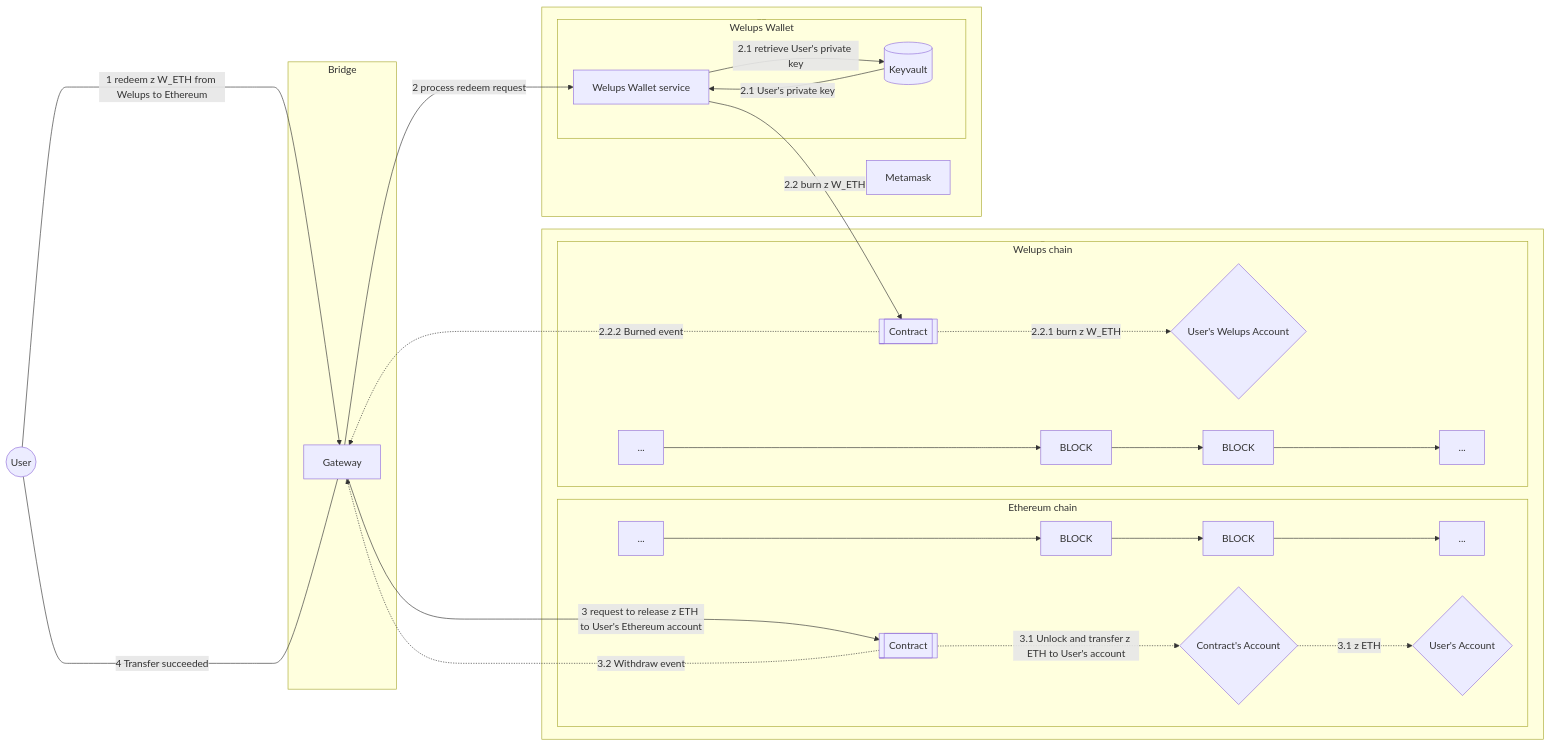
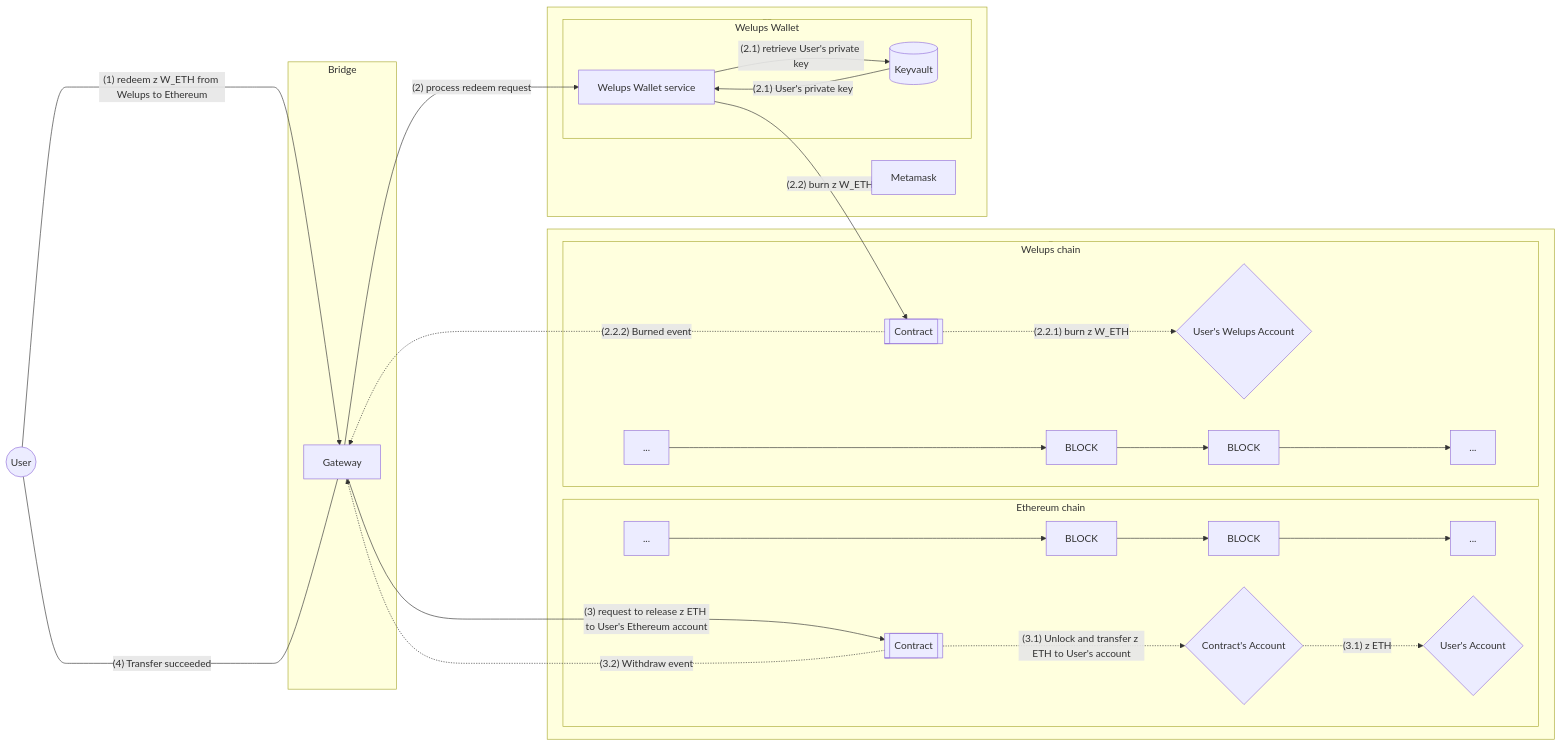
One commit to nhatanh002/bridges-plan changed the diagram in chart-sources/release-eth.mermaid. Above: the diagram before and after it, drawn with Mermaid. The commit also changed 3 other files, not shown here.

```diff
--- a/chart-sources/release-eth.mermaid
+++ b/chart-sources/release-eth.mermaid
@@ -1,44 +1,44 @@
 graph LR
     User((User )) 
     subgraph BRD [Bridge]
 
     G[Gateway]
          
     end
     subgraph _   
 
     subgraph ETH [Ethereum chain]
      Head1[...]--->A1[BLOCK]-->B1[BLOCK]--->Tail1[...]    
      C1[[Contract]]
      W1{User's Account}
      W2{Contract's Account}          
     end
 
     subgraph WEL [Welups chain]
      C2[[Contract]]
      W3{User's Welups Account}
      Head2[...]--->A2[BLOCK]-->B2[BLOCK]--->Tail2[...]
     end
     end
     subgraph __
      MM[Metamask]
      subgraph WWS[Welups Wallet]
        WW[Welups Wallet service]
        DB[(Keyvault)]
      end
     end
     
 
-User-----> |1 redeem z W_ETH from Welups to Ethereum|G
-G-- 2 process redeem request -->WW
-WW-- 2.1 retrieve User's private key -->DB
-DB-- 2.1 User's private key -->WW
-WW-- 2.2 burn z W_ETH -->C2
-C2-..->|2.2.1 burn z W_ETH|W3
-C2-..->|2.2.2 Burned event|G
+User-----> |"(1) redeem z W_ETH from Welups to Ethereum"|G
+G-- "(2) process redeem request" -->WW
+WW-- "(2.1) retrieve User's private key" -->DB
+DB-- "(2.1) User's private key" -->WW
+WW-- "(2.2) burn z W_ETH" -->C2
+C2-..->|"(2.2.1) burn z W_ETH"|W3
+C2-..->|"(2.2.2) Burned event"|G
 
-G-- 3 request to release z ETH to User's Ethereum account -->C1
-C1-..->|3.1 Unlock and transfer z ETH to User's account|W2
-W2-..->|3.1 z ETH|W1
-C1-..->|3.2 Withdraw event|G
-User<-----|4 Transfer succeeded|G
+G-- "(3) request to release z ETH to User's Ethereum account" -->C1
+C1-..->|"(3.1) Unlock and transfer z ETH to User's account"|W2
+W2-..->|"(3.1) z ETH"|W1
+C1-..->|"(3.2) Withdraw event"|G
+User<-----|"(4) Transfer succeeded"|G
```
